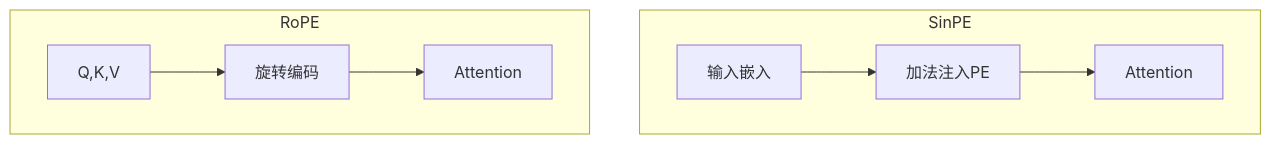
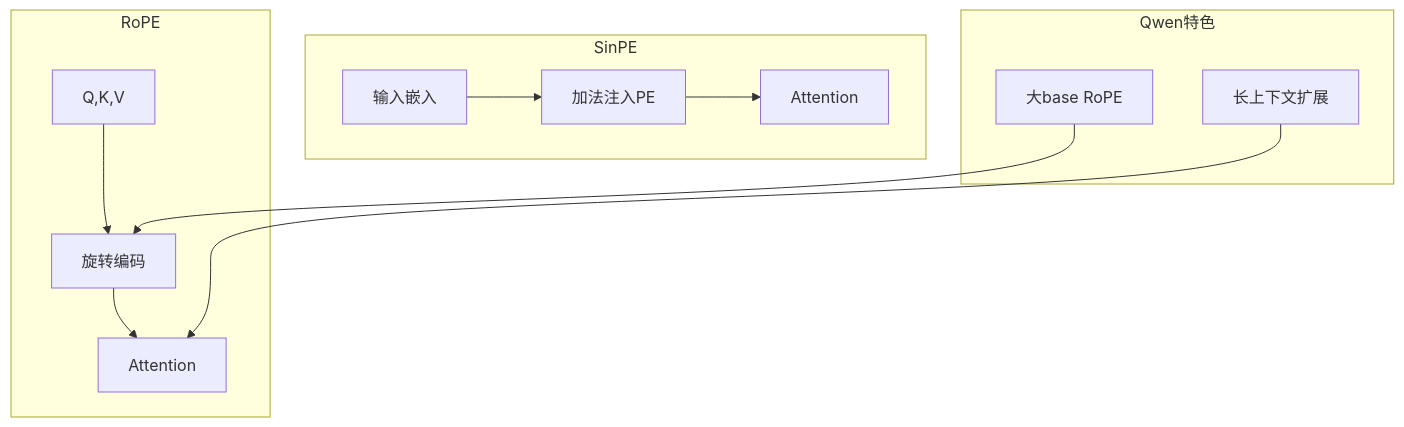
One commit to Mr-Yoje/llm_interview_note changed the fifth of 9 diagrams in .qoder/repowiki/zh/content/大语言模型架构/大语言模型架构.md. Above: the diagram before and after it, drawn with Mermaid. The commit also changed other lines of this file and 4 other files, not shown here.

First line of the commit message:
docs(architecture): 更新大语言模型架构与BERT详解

````diff
--- a/.qoder/repowiki/zh/content/大语言模型架构/大语言模型架构.md
+++ b/.qoder/repowiki/zh/content/大语言模型架构/大语言模型架构.md
@@ -177,11 +213,15 @@
 ```mermaid
 graph TB
 subgraph "SinPE"
 A1["输入嵌入"] --> A2["加法注入PE"]
 A2 --> A3["Attention"]
 end
 subgraph "RoPE"
 B1["Q,K,V"] --> B2["旋转编码"]
 B2 --> B3["Attention"]
 end
+subgraph "Qwen特色"
+C1["大base RoPE"] --> B2
+C2["长上下文扩展"] --> B3
+end
 ```
````
